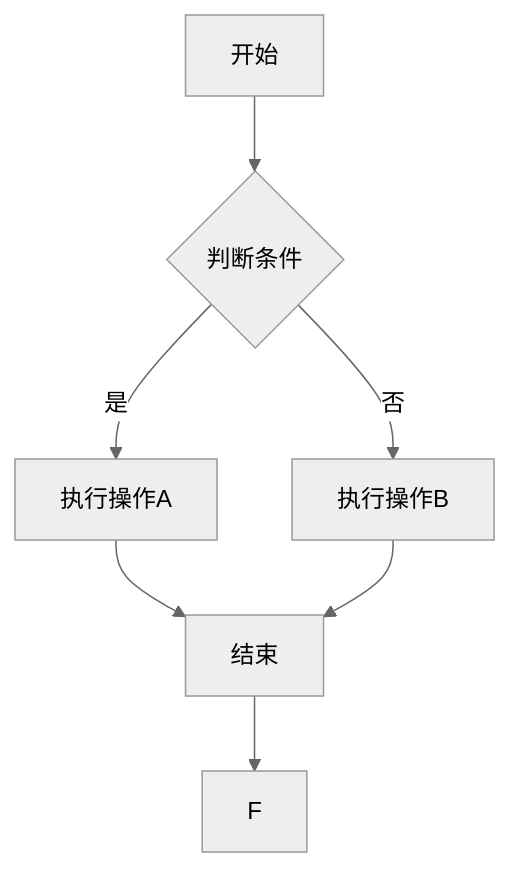
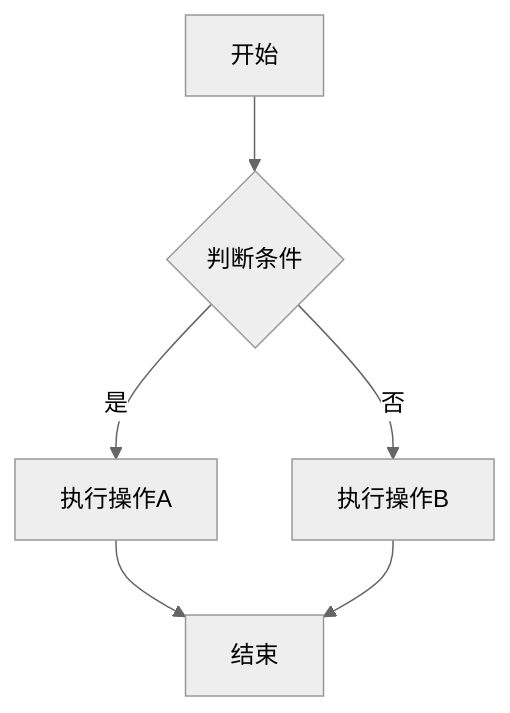
The first of 3 diagrams in wiki-docs/mermaid-test.md (XiaoLinXiaoZhu/xlxz-wiki), drawn with Mermaid (neutral theme) before and after one commit. The commit also changed other lines of this file and 2 other files, not shown here.

Commit message:
fix: 修复 SPA 路由和静态资源 MIME 类型问题

````diff
--- a/wiki-docs/mermaid-test.md
+++ b/wiki-docs/mermaid-test.md
@@ -8,8 +9,8 @@
 ```mermaid
 graph TD
     A[开始] --> B{判断条件}
     B -->|是| C[执行操作A]
     B -->|否| D[执行操作B]
     C --> E[结束]
-    D --> E --> F
+    D --> E
 ```
````
